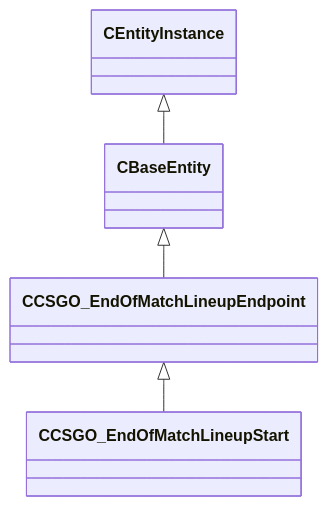
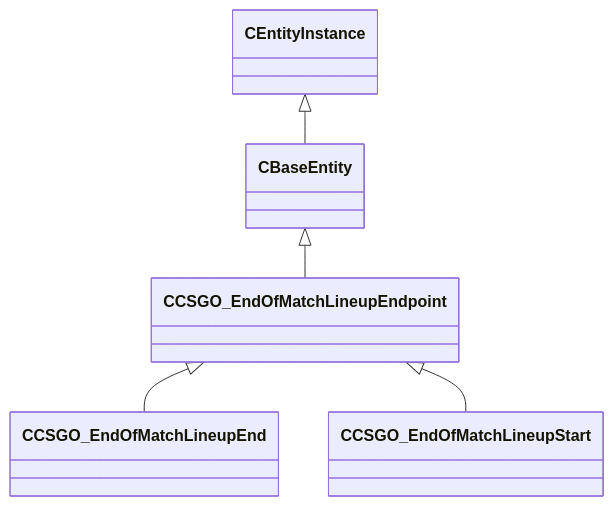
Before and after one commit to CS2OpenDev/CS2OpenDev-Docs: the diagram in docs/generated/schemas/server/CCSGO_EndOfMatchLineupEndpoint.md, drawn with Mermaid. The commit also changed other lines of this file and 4525 other files, not shown here.

````diff
--- a/docs/generated/schemas/server/CCSGO_EndOfMatchLineupEndpoint.md
+++ b/docs/generated/schemas/server/CCSGO_EndOfMatchLineupEndpoint.md
@@ -19,6 +21,7 @@
 ```mermaid
 classDiagram
     CBaseEntity <|-- CCSGO_EndOfMatchLineupEndpoint
     CEntityInstance <|-- CBaseEntity
+    CCSGO_EndOfMatchLineupEndpoint <|-- CCSGO_EndOfMatchLineupEnd
     CCSGO_EndOfMatchLineupEndpoint <|-- CCSGO_EndOfMatchLineupStart
 ```
````
